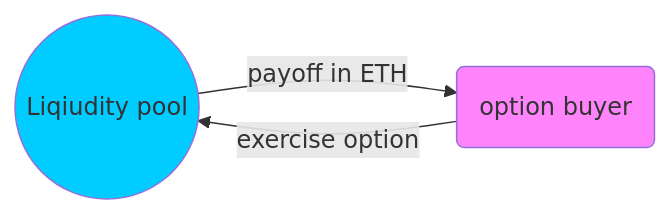
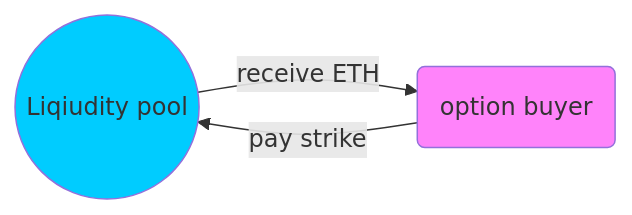
Before and after one commit to Joe-Bradley/S_K: the sixth of 6 diagrams in README.md, drawn with Mermaid. The commit also changed other lines of this file and 1 other file, not shown here.

````diff
--- a/README.md
+++ b/README.md
@@ -103,10 +111,10 @@
 ```mermaid
 graph LR
 b((Liqiudity pool)):::class2
-b --> |payoff in ETH|c(option buyer):::class4
-c --> |exercise option|b
+b --> |receive ETH|c(option buyer):::class4
+c --> |pay strike|b
 classDef class1 fill:#ffaf;
 classDef class2 fill:#00ccff;
 classDef class3 fill:#ffe7ba;
 classDef class4 fill:#ff83fa;
 ```
````
